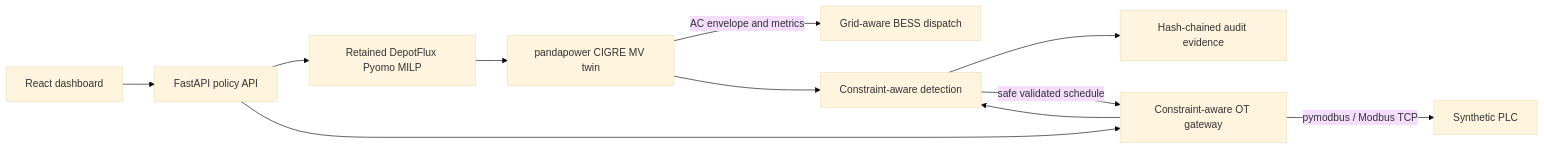
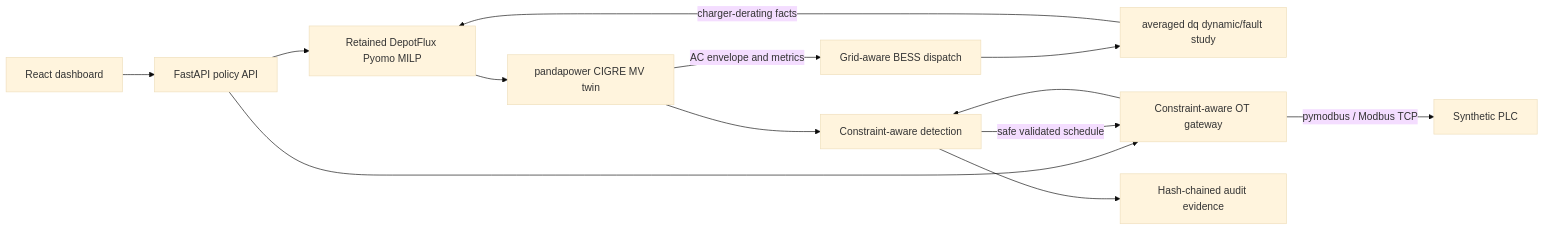
Before and after one commit to AlienEslami/depotflux-demo: the first of 2 diagrams in docs/GRIDTWIN_ARCHITECTURE.md, drawn with Mermaid (base theme). The commit also changed other lines of this file and 26 other files, not shown here.

````diff
--- a/docs/GRIDTWIN_ARCHITECTURE.md
+++ b/docs/GRIDTWIN_ARCHITECTURE.md
@@ -18,13 +18,15 @@
 ```mermaid
 flowchart LR
   UI[React dashboard] --> API[FastAPI policy API]
   API --> OPT[Retained DepotFlux Pyomo MILP]
   OPT --> GRID[pandapower CIGRE MV twin]
   GRID -->|AC envelope and metrics| BESS[Grid-aware BESS dispatch]
+  BESS --> DYN[averaged dq dynamic/fault study]
+  DYN -->|charger-derating facts| OPT
   API --> GW[Constraint-aware OT gateway]
   GW -->|pymodbus / Modbus TCP| PLC[Synthetic PLC]
   GRID --> DET[Constraint-aware detection]
   GW --> DET
   DET --> AUDIT[Hash-chained audit evidence]
   DET -->|safe validated schedule| GW
 ```
````
